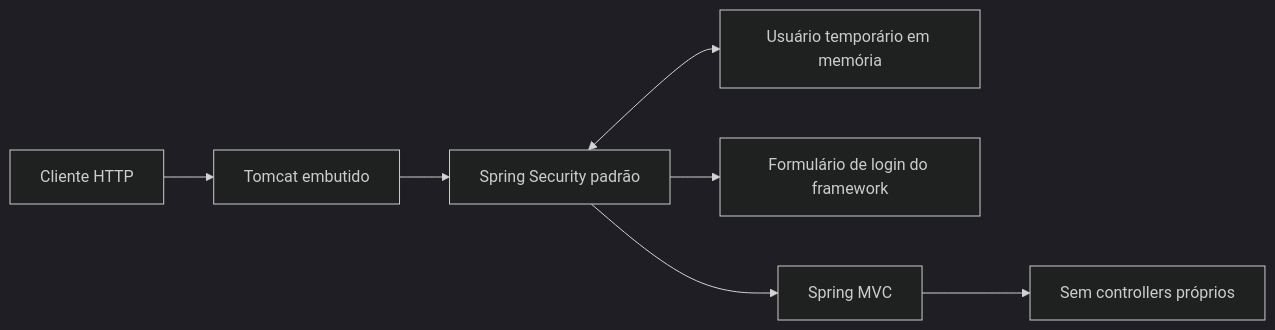
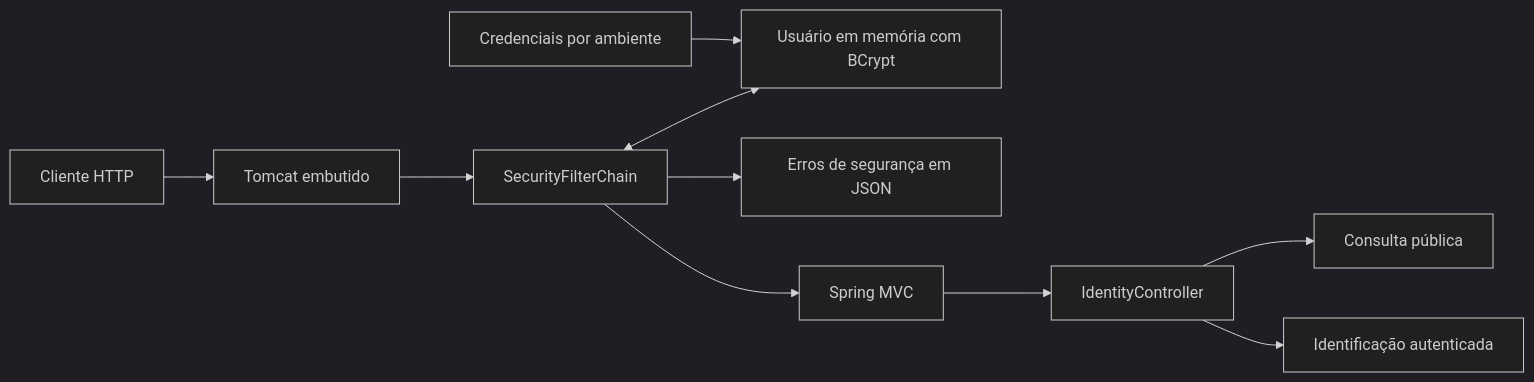
One commit to Emersonfarias93/spring-security changed the second of 3 diagrams in docs/diagramas.md. Above: the diagram before and after it, drawn with Mermaid (dark theme). The commit also changed other lines of this file and 8 other files, not shown here.

Commit message:
feat: permitir consulta publica e identificacao autenticada

````diff
--- a/docs/diagramas.md
+++ b/docs/diagramas.md
@@ -25,9 +27,12 @@
 ```mermaid
 flowchart LR
     C[Cliente HTTP] --> T[Tomcat embutido]
-    T --> S[Spring Security padrão]
-    S <--> U[Usuário temporário em memória]
-    S --> L[Formulário de login do framework]
+    T --> S[SecurityFilterChain]
+    S <--> U[Usuário em memória com BCrypt]
+    V[Credenciais por ambiente] --> U
+    S --> E[Erros de segurança em JSON]
     S --> M[Spring MVC]
-    M --> R[Sem controllers próprios]
+    M --> R[IdentityController]
+    R --> P[Consulta pública]
+    R --> I[Identificação autenticada]
 ```
````
